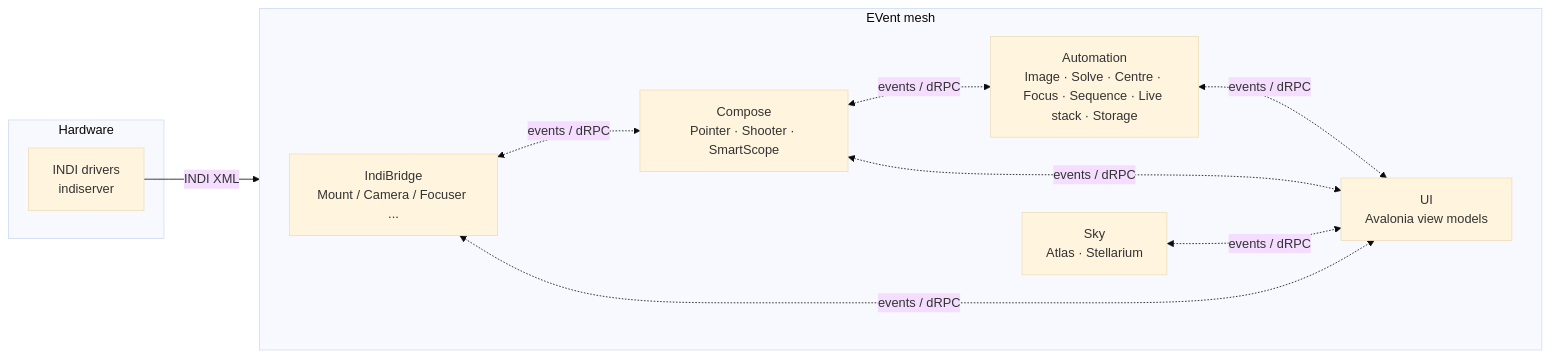
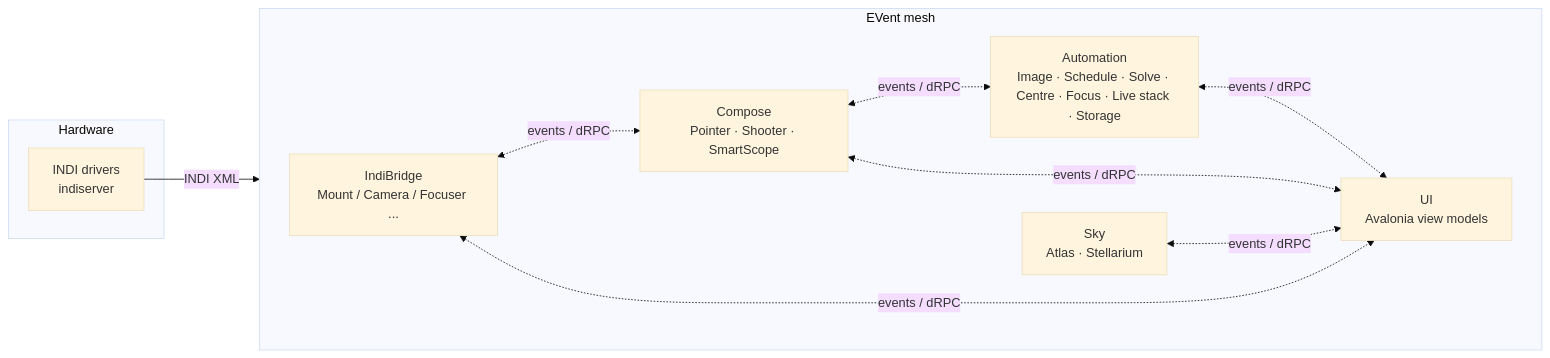
One commit to UltraGeekDEV/ELink-Astro changed the first of 9 diagrams in docs/development.md. Above: the diagram before and after it, drawn with Mermaid (base theme). The commit also changed other lines of this file and 28 other files, not shown here.

````diff
--- a/docs/development.md
+++ b/docs/development.md
@@ -11,21 +11,21 @@
 ```mermaid
 flowchart LR
     subgraph HW[Hardware]
         D1[INDI drivers<br/>indiserver]
     end
     subgraph Mesh[EVent mesh]
         direction LR
         B[IndiBridge<br/>Mount / Camera / Focuser ...]
         C[Compose<br/>Pointer · Shooter · SmartScope]
-        A[Automation<br/>Image · Solve · Centre · Focus · Sequence · Live stack · Storage]
+        A[Automation<br/>Image · Schedule · Solve · Centre · Focus · Live stack · Storage]
         S[Sky<br/>Atlas · Stellarium]
         U[UI<br/>Avalonia view models]
     end
     D1 -- INDI XML --> B
     B <-. events / dRPC .-> C
     C <-. events / dRPC .-> A
     A <-. events / dRPC .-> U
     C <-. events / dRPC .-> U
     S <-. events / dRPC .-> U
     B <-. events / dRPC .-> U
 ```
````
